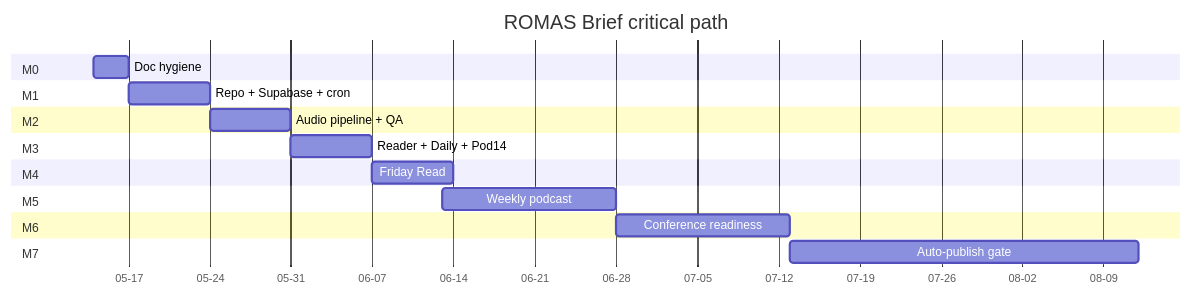
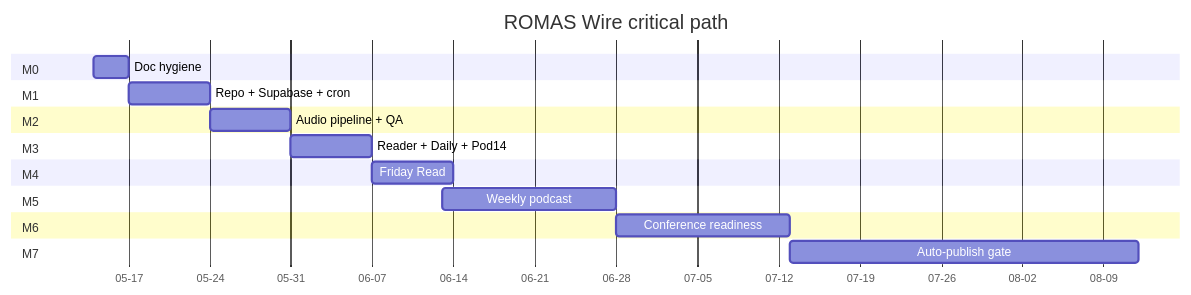
One commit to AllienNova/romas-brief changed the diagram in Docs/specs/delivery-plan.md. Above: the diagram before and after it, drawn with Mermaid. The commit also changed other lines of this file and 203 other files, not shown here.

````diff
--- a/Docs/specs/delivery-plan.md
+++ b/Docs/specs/delivery-plan.md
@@ -216,30 +216,30 @@
 ```mermaid
 gantt
-    title ROMAS Brief critical path
+    title ROMAS Wire critical path
     dateFormat  YYYY-MM-DD
     axisFormat  %m-%d
 
     section M0
     Doc hygiene             :m0, 2026-05-14, 3d
 
     section M1
     Repo + Supabase + cron  :m1, after m0, 7d
 
     section M2
     Audio pipeline + QA     :m2, after m1, 7d
 
     section M3
     Reader + Daily + Pod14  :m3, after m2, 7d
 
     section M4
     Friday Read             :m4, after m3, 7d
 
     section M5
     Weekly podcast          :m5, 2026-06-13, 15d
 
     section M6
     Conference readiness    :m6, 2026-06-28, 15d
 
     section M7
     Auto-publish gate       :m7, 2026-07-13, 30d
 ```
````
